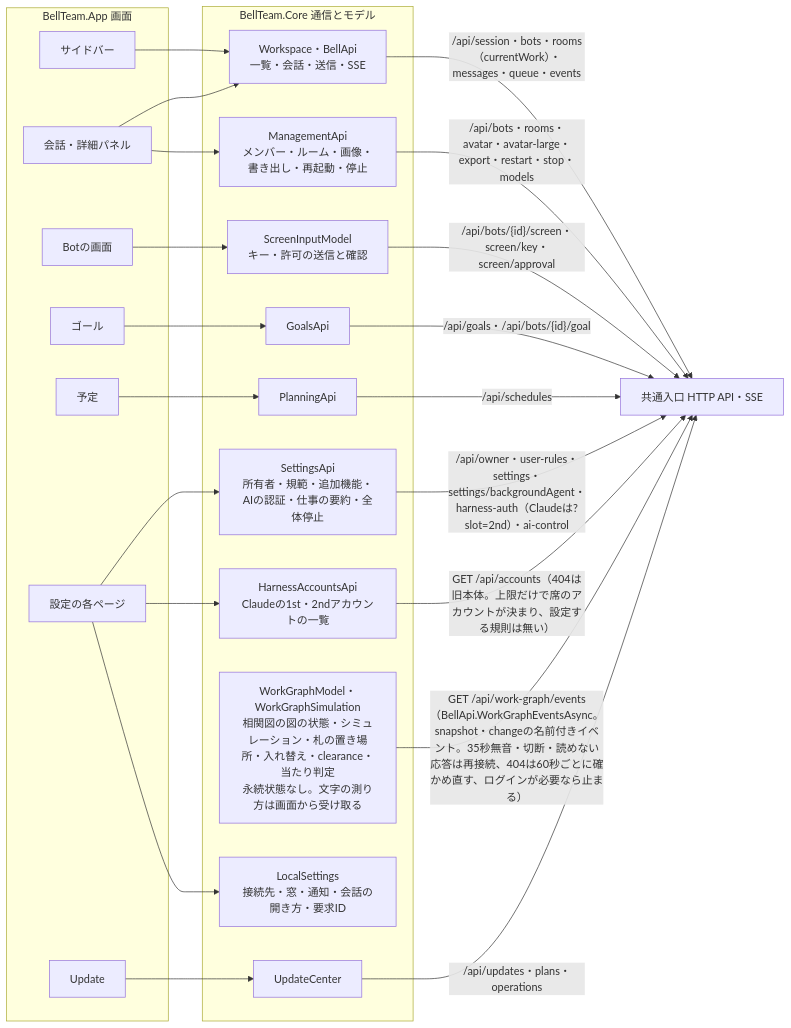
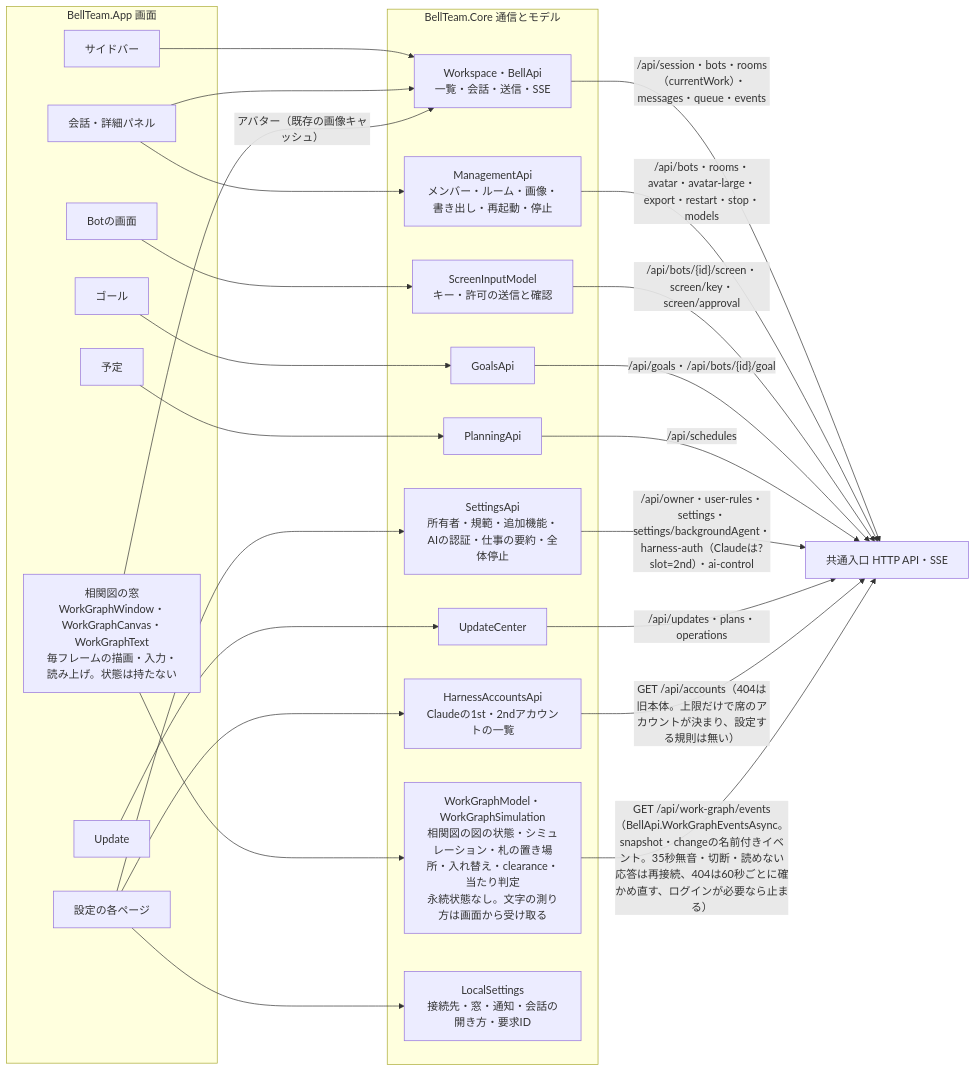
One commit to kitepon/BellTeam changed the fourth of 6 diagrams in docs/windows-architecture.md. Above: the diagram before and after it, drawn with Mermaid. The commit also changed other lines of this file and 18 other files, not shown here.

First line of the commit message:
windows: 相関図 window, drawing, input and sidebar entry (W-MAC 13b)

````diff
--- a/docs/windows-architecture.md
+++ b/docs/windows-architecture.md
@@ -78,43 +79,46 @@
 ```mermaid
 flowchart LR
   subgraph App[BellTeam.App 画面]
     A1[サイドバー]
     A2[会話・詳細パネル]
     A3[Botの画面]
     A4[ゴール]
     A5[予定]
     A6[設定の各ページ]
     A7[Update]
+    A8[相関図の窓<br/>WorkGraphWindow・WorkGraphCanvas・WorkGraphText<br/>毎フレームの描画・入力・読み上げ。状態は持たない]
   end
   subgraph Core[BellTeam.Core 通信とモデル]
     C1[Workspace・BellApi<br/>一覧・会話・送信・SSE]
     C2[ManagementApi<br/>メンバー・ルーム・画像・書き出し・再起動・停止]
     C3[ScreenInputModel<br/>キー・許可の送信と確認]
     C4[GoalsApi]
     C5[PlanningApi]
     C6[SettingsApi<br/>所有者・規範・追加機能・AIの認証・仕事の要約・全体停止]
     C9[HarnessAccountsApi<br/>Claudeの1st・2ndアカウントの一覧]
     C10[WorkGraphModel・WorkGraphSimulation<br/>相関図の図の状態・シミュレーション・札の置き場所・入れ替え・clearance・当たり判定<br/>永続状態なし。文字の測り方は画面から受け取る]
     C7[UpdateCenter]
     C8[LocalSettings<br/>接続先・窓・通知・会話の開き方・要求ID]
   end
   A1 --> C1
   A2 --> C1
   A2 --> C2
   A3 --> C3
   A4 --> C4
   A5 --> C5
   A6 --> C6
   A6 --> C9
   A6 --> C8
   A7 --> C7
+  A8 --> C10
+  A8 -->|"アバター（既存の画像キャッシュ）"| C1
   C1 -->|"/api/session・bots・rooms（currentWork）・messages・queue・events"| API[共通入口 HTTP API・SSE]
   C2 -->|"/api/bots・rooms・avatar・avatar-large・export・restart・stop・models"| API
   C3 -->|"/api/bots/{id}/screen・screen/key・screen/approval"| API
   C4 -->|"/api/goals・/api/bots/{id}/goal"| API
   C5 -->|"/api/schedules"| API
   C6 -->|"/api/owner・user-rules・settings・settings/backgroundAgent・harness-auth（Claudeは?slot=2nd）・ai-control"| API
   C7 -->|"/api/updates・plans・operations"| API
   C9 -->|"GET /api/accounts（404は旧本体。上限だけで席のアカウントが決まり、設定する規則は無い）"| API
   C10 -->|"GET /api/work-graph/events（BellApi.WorkGraphEventsAsync。snapshot・changeの名前付きイベント。35秒無音・切断・読めない応答は再接続、404は60秒ごとに確かめ直す、ログインが必要なら止まる）"| API
 ```
````
